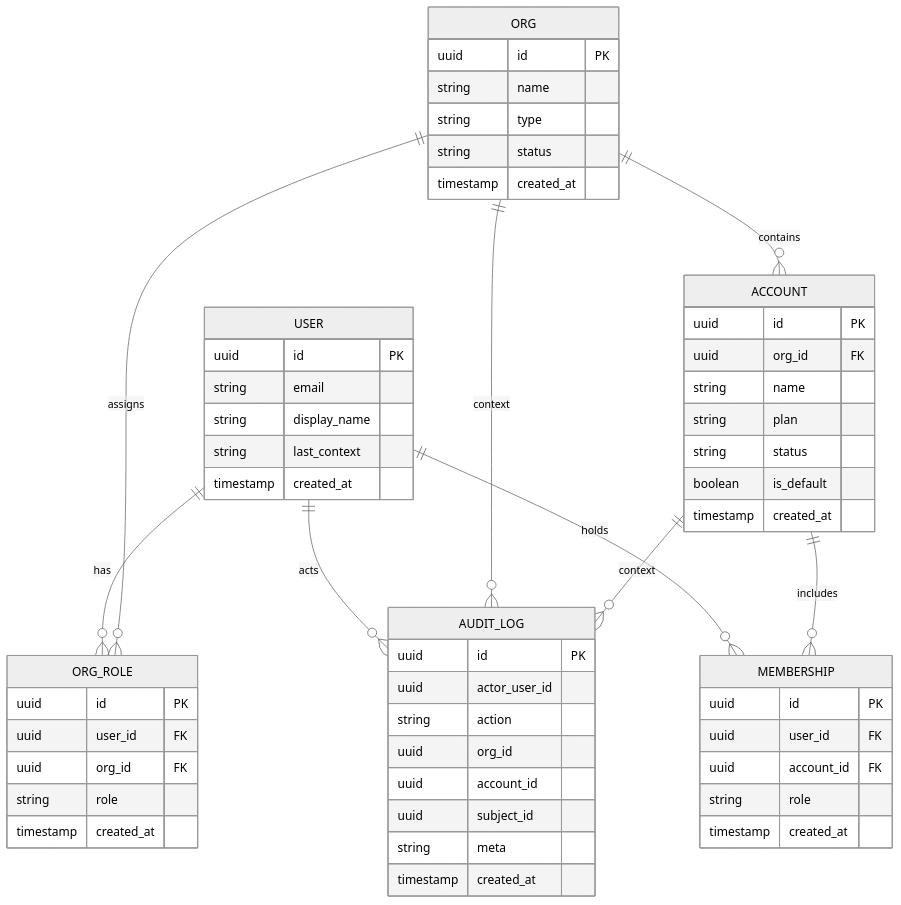
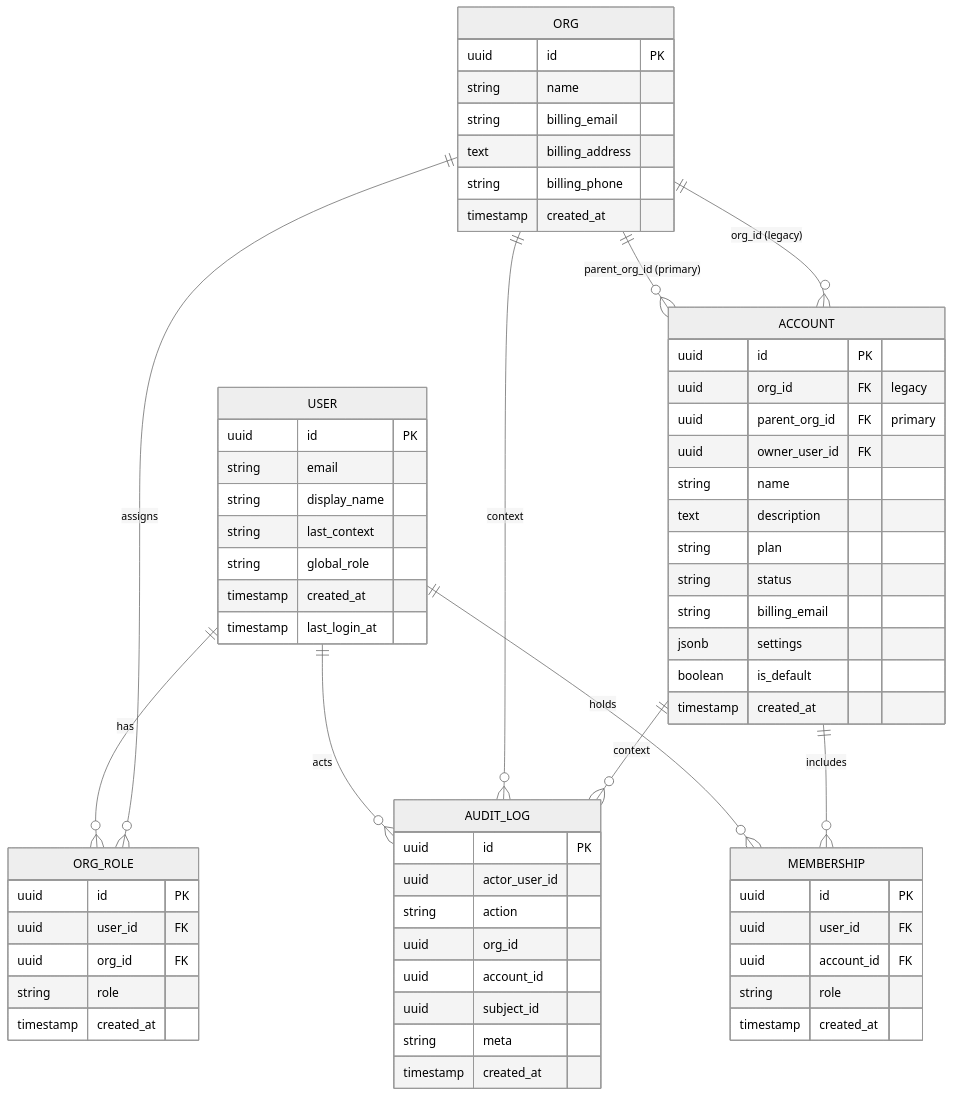
The diagram in diagrams/09-db/core-identity-erd.mermaid (simply-simpy/song-craft-mono), drawn with Mermaid (neutral theme) before and after one commit. The commit also changed 12 other files, not shown here.

```diff
--- a/diagrams/09-db/core-identity-erd.mermaid
+++ b/diagrams/09-db/core-identity-erd.mermaid
@@ -1,62 +1,71 @@
 erDiagram
   USER {
     uuid id PK
     string email
     string display_name
     string last_context
+    string global_role
     timestamp created_at
+    timestamp last_login_at
   }
 
   ORG {
     uuid id PK
     string name
-    string type
-    string status
+    string billing_email
+    text billing_address
+    string billing_phone
     timestamp created_at
   }
 
   ACCOUNT {
     uuid id PK
-    uuid org_id FK
+    uuid org_id FK "legacy"
+    uuid parent_org_id FK "primary"
+    uuid owner_user_id FK
     string name
+    text description
     string plan
     string status
+    string billing_email
+    jsonb settings
     boolean is_default
     timestamp created_at
   }
 
   MEMBERSHIP {
     uuid id PK
     uuid user_id FK
     uuid account_id FK
     string role
     timestamp created_at
   }
 
   ORG_ROLE {
     uuid id PK
     uuid user_id FK
     uuid org_id FK
     string role
     timestamp created_at
   }
 
   AUDIT_LOG {
     uuid id PK
     uuid actor_user_id
     string action
     uuid org_id
     uuid account_id
     uuid subject_id
     string meta
     timestamp created_at
   }
 
   USER ||--o{ MEMBERSHIP : holds
   ACCOUNT ||--o{ MEMBERSHIP : includes
   USER ||--o{ ORG_ROLE : has
-  ORG ||--o{ ACCOUNT : contains
+  ORG ||--o{ ACCOUNT : "parent_org_id (primary)"
+  ORG ||--o{ ACCOUNT : "org_id (legacy)"
   ORG ||--o{ ORG_ROLE : assigns
   USER ||--o{ AUDIT_LOG : acts
   ORG ||--o{ AUDIT_LOG : context
   ACCOUNT ||--o{ AUDIT_LOG : context
```
